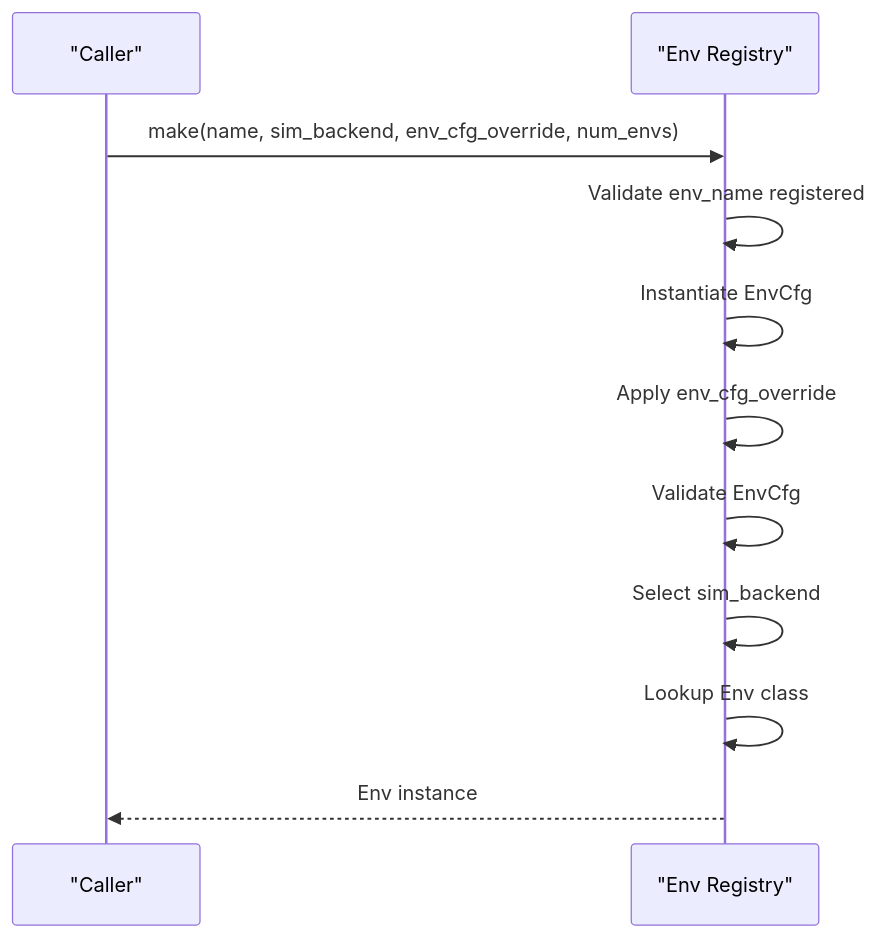
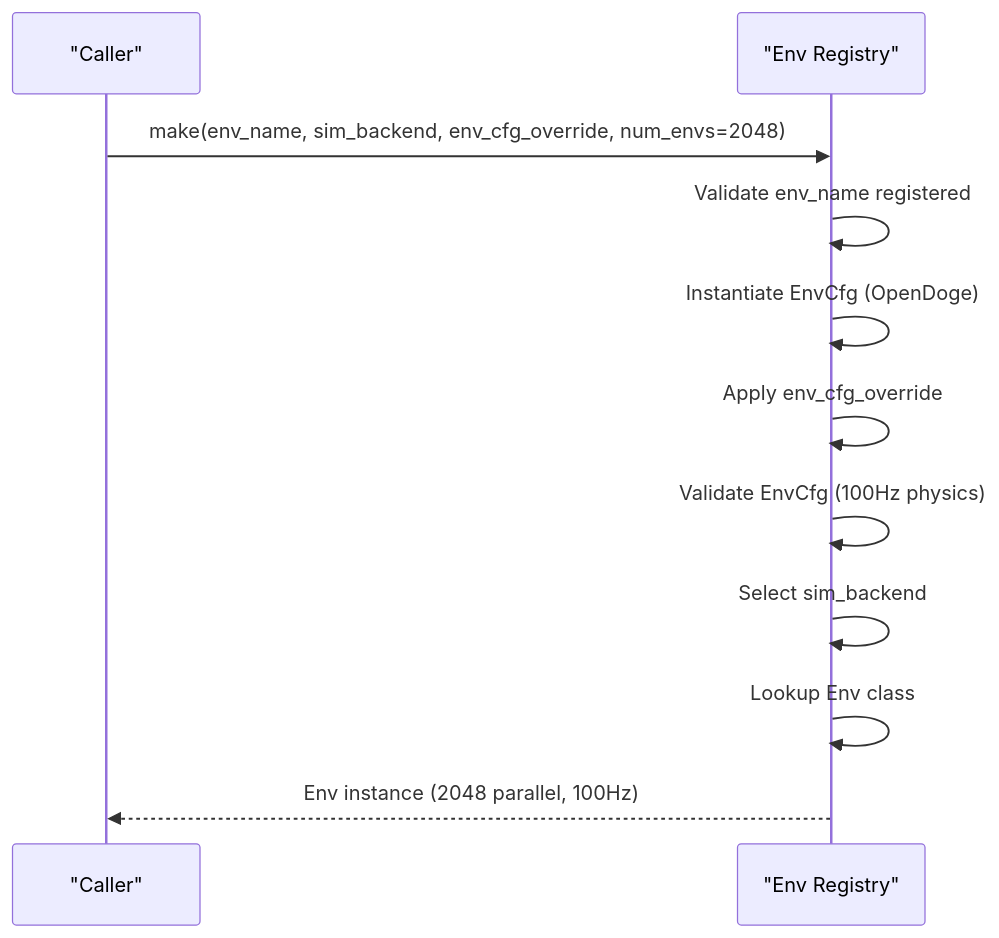
Before and after one commit to jayjayhust/MotrixLab: the fifth of 10 diagrams in .qoder/repowiki/en/content/Training Framework Integration/Training Framework Integration.md, drawn with Mermaid. The commit also changed other lines of this file and 8 other files, not shown here.

````diff
--- a/.qoder/repowiki/en/content/Training Framework Integration/Training Framework Integration.md
+++ b/.qoder/repowiki/en/content/Training Framework Integration/Training Framework Integration.md
@@ -259,13 +279,13 @@
 ```mermaid
 sequenceDiagram
 participant Caller as "Caller"
 participant EnvReg as "Env Registry"
-Caller->>EnvReg : make(name, sim_backend, env_cfg_override, num_envs)
+Caller->>EnvReg : make(env_name, sim_backend, env_cfg_override, num_envs=2048)
 EnvReg->>EnvReg : Validate env_name registered
-EnvReg->>EnvReg : Instantiate EnvCfg
+EnvReg->>EnvReg : Instantiate EnvCfg (OpenDoge)
 EnvReg->>EnvReg : Apply env_cfg_override
-EnvReg->>EnvReg : Validate EnvCfg
+EnvReg->>EnvReg : Validate EnvCfg (100Hz physics)
 EnvReg->>EnvReg : Select sim_backend
 EnvReg->>EnvReg : Lookup Env class
-EnvReg-->>Caller : Env instance
+EnvReg-->>Caller : Env instance (2048 parallel, 100Hz)
 ```
````
